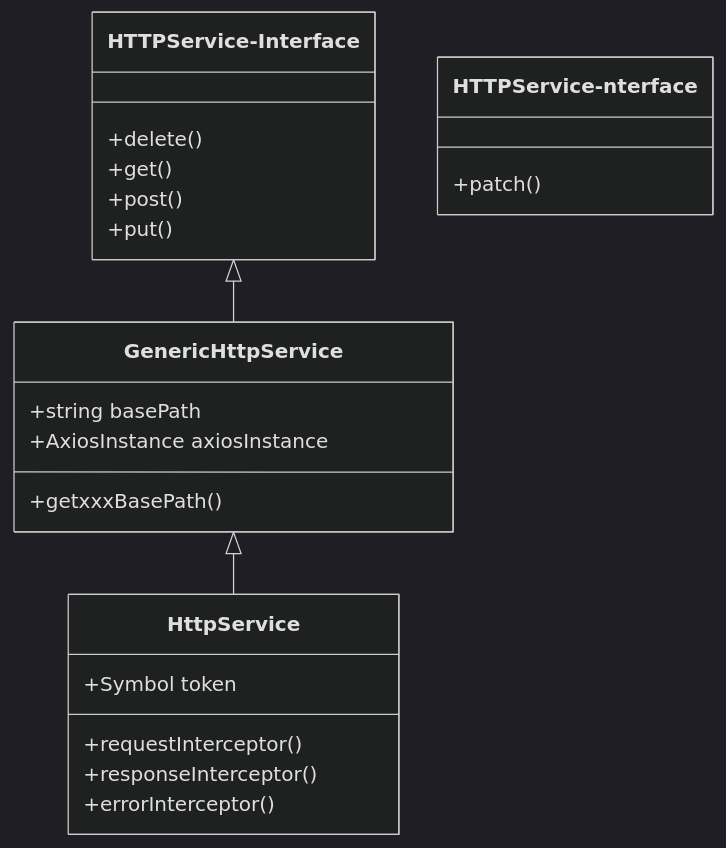
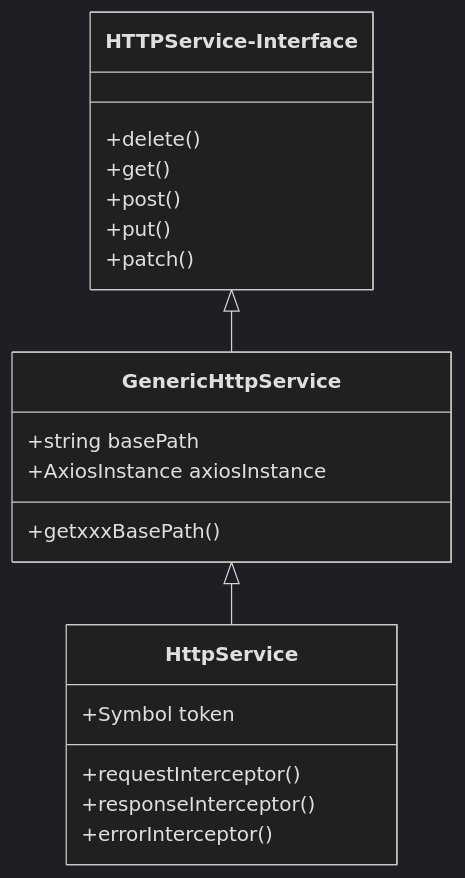
Before and after one commit to honggzb/Study-General: the diagram in React/Third-party-lib/tsyringe+axios/readme.md, drawn with Mermaid (dark theme).

Commit message:
Fix typo in HTTPService-Interface documentation

````diff
--- a/React/Third-party-lib/tsyringe+axios/readme.md
+++ b/React/Third-party-lib/tsyringe+axios/readme.md
@@ -21,22 +21,22 @@
 ```mermaid
 classDiagram
     HTTPService-Interface: +delete()
     HTTPService-Interface: +get()
     HTTPService-Interface: +post()
     HTTPService-Interface: +put()
-    HTTPService-nterface: +patch()
+    HTTPService-Interface: +patch()
     HTTPService-Interface <|-- GenericHttpService
     GenericHttpService <|--HttpService
     class GenericHttpService{
       +string basePath
       +AxiosInstance axiosInstance
       +getxxxBasePath()
         
     }
     class HttpService{
         +Symbol token
         +requestInterceptor()
         +responseInterceptor()
         +errorInterceptor()
     }
 ```
````
